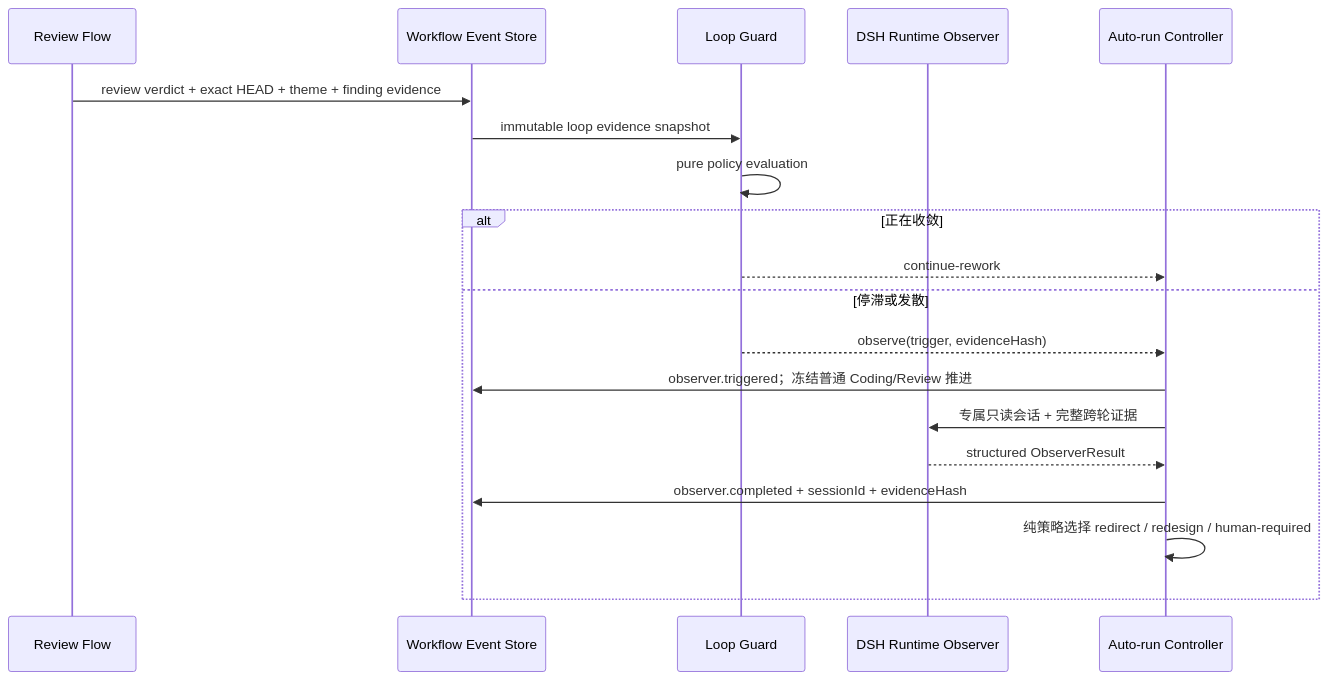
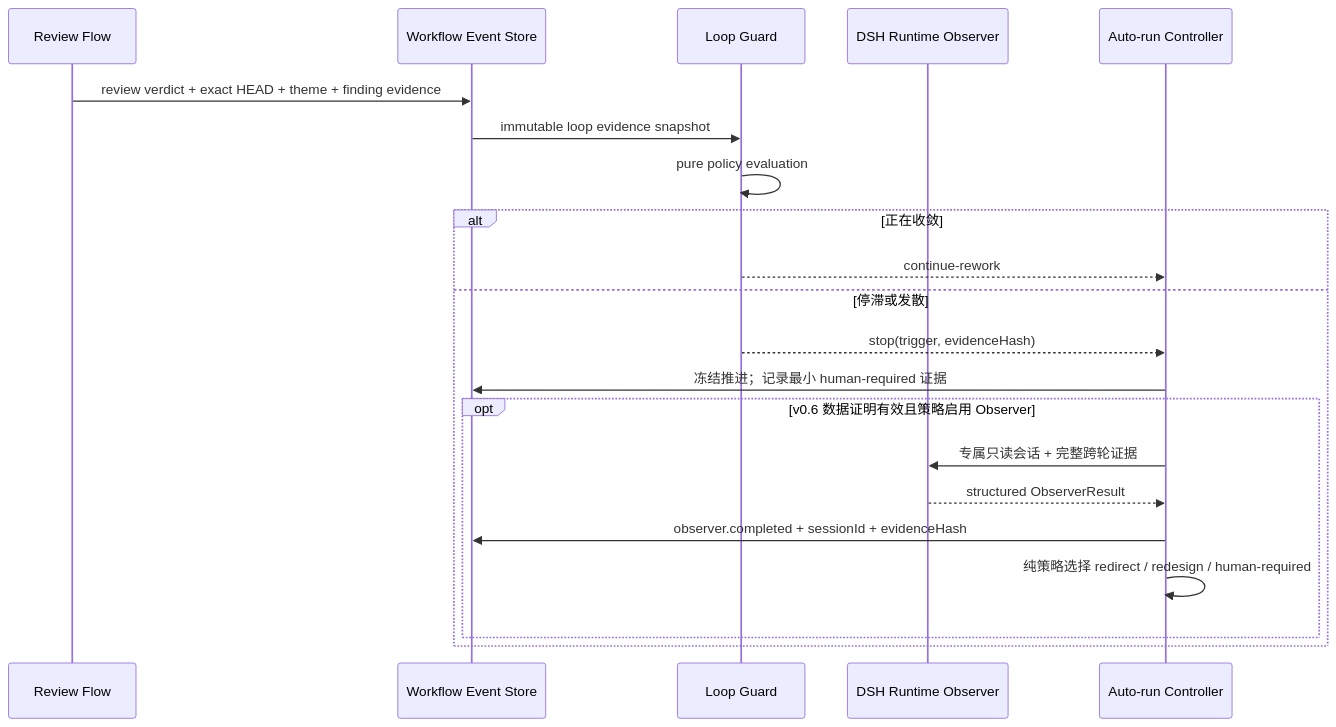
The second of 2 diagrams in docs/architecture/core-data-flow.md (ai-daming/clickvibe), drawn with Mermaid before and after one commit. The commit also changed other lines of this file and 19 other files, not shown here.

Commit message:
docs: align architecture roadmap and access governance

````diff
--- a/docs/architecture/core-data-flow.md
+++ b/docs/architecture/core-data-flow.md
@@ -40,22 +40,24 @@
 ```mermaid
 sequenceDiagram
   participant R as Review Flow
   participant E as Workflow Event Store
   participant G as Loop Guard
   participant O as DSH Runtime Observer
   participant C as Auto-run Controller
 
   R->>E: review verdict + exact HEAD + theme + finding evidence
   E->>G: immutable loop evidence snapshot
   G->>G: pure policy evaluation
   alt 正在收敛
     G-->>C: continue-rework
   else 停滞或发散
-    G-->>C: observe(trigger, evidenceHash)
-    C->>E: observer.triggered；冻结普通 Coding/Review 推进
-    C->>O: 专属只读会话 + 完整跨轮证据
-    O-->>C: structured ObserverResult
-    C->>E: observer.completed + sessionId + evidenceHash
-    C->>C: 纯策略选择 redirect / redesign / human-required
+    G-->>C: stop(trigger, evidenceHash)
+    C->>E: 冻结推进；记录最小 human-required 证据
+    opt v0.6 数据证明有效且策略启用 Observer
+      C->>O: 专属只读会话 + 完整跨轮证据
+      O-->>C: structured ObserverResult
+      C->>E: observer.completed + sessionId + evidenceHash
+      C->>C: 纯策略选择 redirect / redesign / human-required
+    end
   end
 ```
````
